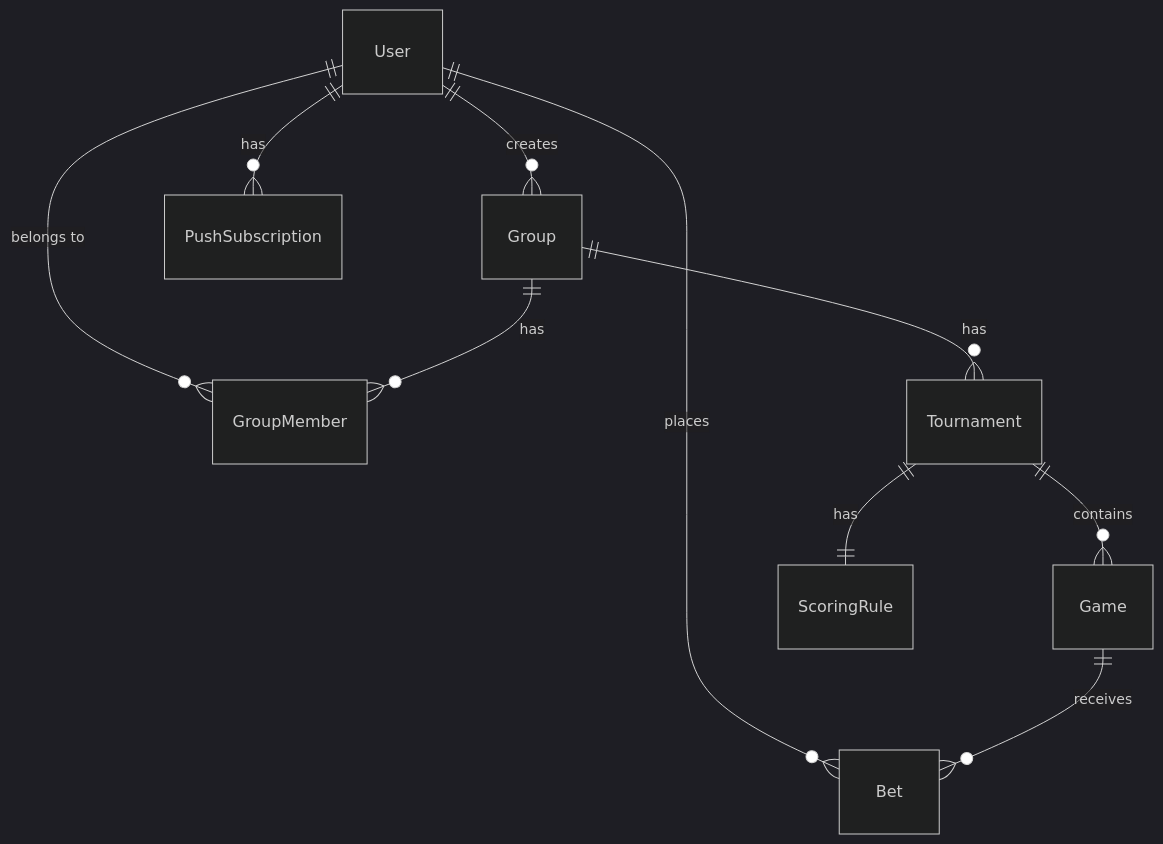
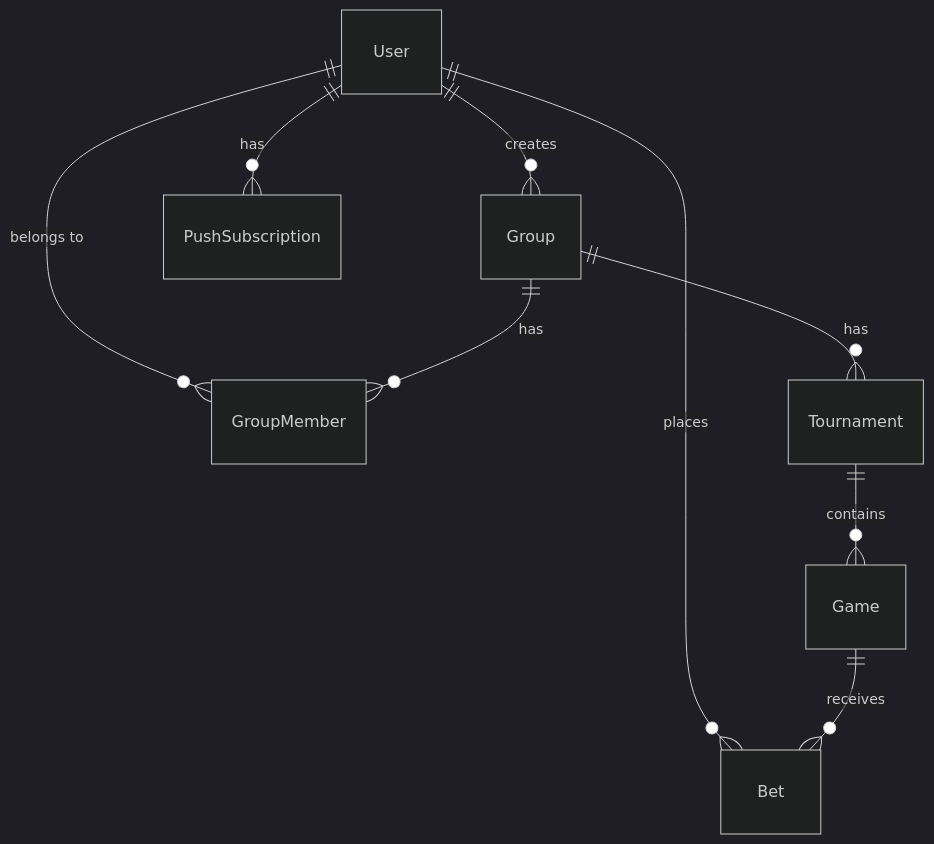
One commit to altrazmedia/typer-2 changed the diagram in docs/database-schema.md. Above: the diagram before and after it, drawn with Mermaid (dark theme). The commit also changed other lines of this file and 12 other files, not shown here.

First line of the commit message:
Enforce scoring rule; add points calculation function (#13)

````diff
--- a/docs/database-schema.md
+++ b/docs/database-schema.md
@@ -118,15 +110,14 @@
 ```mermaid
 erDiagram
     User ||--o{ GroupMember : "belongs to"
     User ||--o{ Bet : "places"
     User ||--o{ Group : "creates"
     User ||--o{ PushSubscription : "has"
 
     Group ||--o{ GroupMember : "has"
     Group ||--o{ Tournament : "has"
 
     Tournament ||--o{ Game : "contains"
-    Tournament ||--|| ScoringRule : "has"
 
     Game ||--o{ Bet : "receives"
 ```
````
